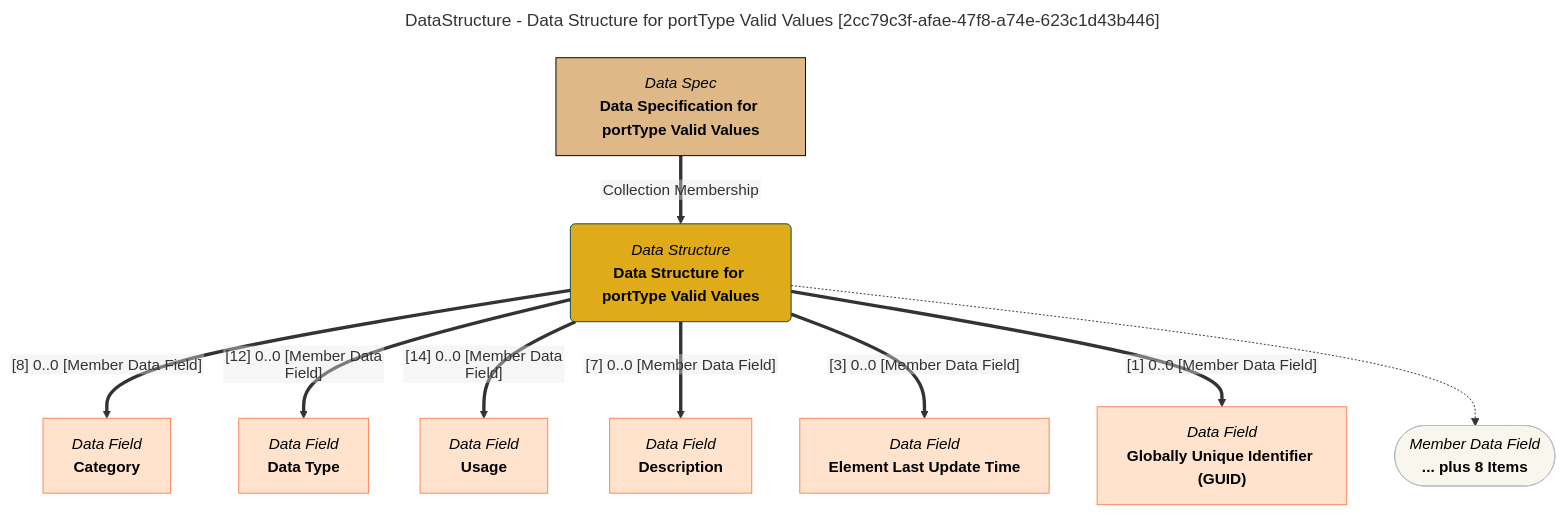
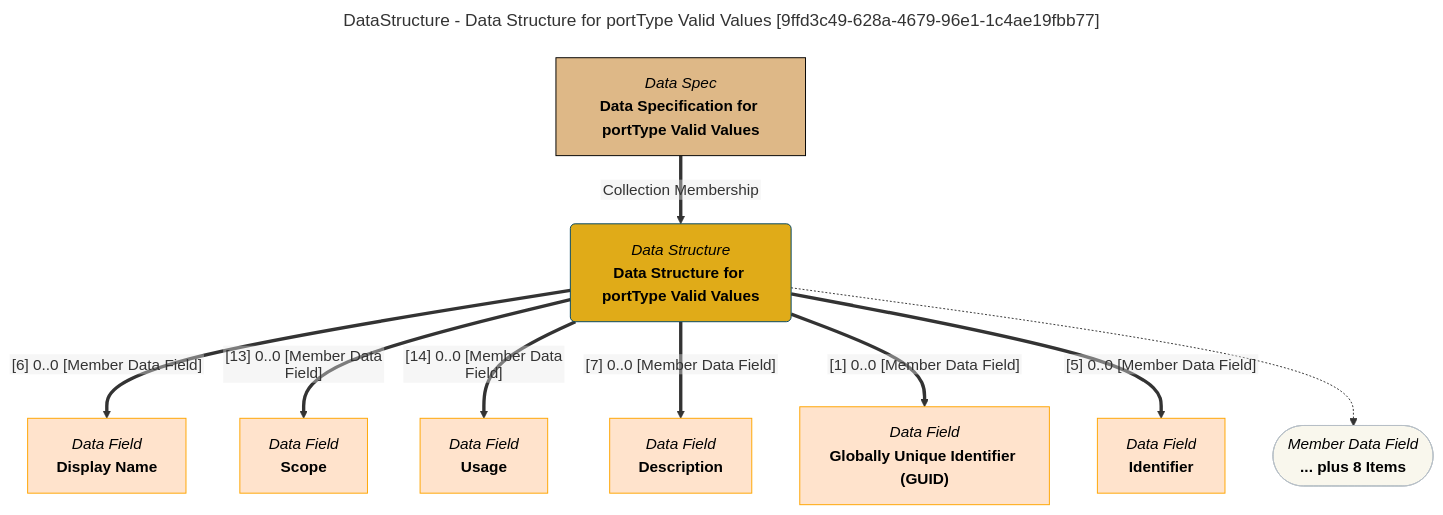
Before and after one commit to odpi/egeria-docs: the diagram in site/snippets/data-structures/data-structure-for-porttype-valid-values-mermaid-graph.md, drawn with Mermaid. The commit also changed 2201 other files, not shown here.

````diff
--- a/site/snippets/data-structures/data-structure-for-porttype-valid-values-mermaid-graph.md
+++ b/site/snippets/data-structures/data-structure-for-porttype-valid-values-mermaid-graph.md
@@ -1,43 +1,43 @@
 ```mermaid
 ---
-title: DataStructure - Data Structure for portType Valid Values [2cc79c3f-afae-47f8-a74e-623c1d43b446]
+title: DataStructure - Data Structure for portType Valid Values [9ffd3c49-628a-4679-96e1-1c4ae19fbb77]
 ---
 flowchart TD
 %%{init: {"flowchart": {"htmlLabels": false}} }%%
 
 1@{ shape: rounded, label: "*Data Structure*
 **Data Structure for portType Valid Values**"}
 2@{ shape: rect, label: "*Data Spec*
 **Data Specification for portType Valid Values**"}
 2==>|"Collection Membership"|1
 3@{ shape: rect, label: "*Data Field*
-**Category**"}
-1==>|"[8] 0..0 [Member Data Field]"|3
+**Display Name**"}
+1==>|"[6] 0..0 [Member Data Field]"|3
 4@{ shape: rect, label: "*Data Field*
-**Data Type**"}
-1==>|"[12] 0..0 [Member Data Field]"|4
+**Scope**"}
+1==>|"[13] 0..0 [Member Data Field]"|4
 5@{ shape: rect, label: "*Data Field*
 **Usage**"}
 1==>|"[14] 0..0 [Member Data Field]"|5
 6@{ shape: rect, label: "*Data Field*
 **Description**"}
 1==>|"[7] 0..0 [Member Data Field]"|6
 7@{ shape: rect, label: "*Data Field*
-**Element Last Update Time**"}
-1==>|"[3] 0..0 [Member Data Field]"|7
+**Globally Unique Identifier (GUID)**"}
+1==>|"[1] 0..0 [Member Data Field]"|7
 8@{ shape: rect, label: "*Data Field*
-**Globally Unique Identifier (GUID)**"}
-1==>|"[1] 0..0 [Member Data Field]"|8
+**Identifier**"}
+1==>|"[5] 0..0 [Member Data Field]"|8
 9@{ shape: stadium, label: "*Member Data Field*
 **... plus 8 Items**"}
 1-.->9
 style 1 color:#000000, fill:#e0ab18, stroke:#004563
-style 2 color:#000000, fill:#deb887, stroke:#000000
-style 3 color:#000000, fill:#ffe3cc, stroke:#f9845b
-style 4 color:#000000, fill:#ffe3cc, stroke:#f9845b
-style 5 color:#000000, fill:#ffe3cc, stroke:#f9845b
-style 6 color:#000000, fill:#ffe3cc, stroke:#f9845b
-style 7 color:#000000, fill:#ffe3cc, stroke:#f9845b
-style 8 color:#000000, fill:#ffe3cc, stroke:#f9845b
+style 2 color:#000000, fill:#DEB887, stroke:#000000
+style 3 color:#000000, fill:#ffe3cc, stroke:#FFA500
+style 4 color:#000000, fill:#ffe3cc, stroke:#FFA500
+style 5 color:#000000, fill:#ffe3cc, stroke:#FFA500
+style 6 color:#000000, fill:#ffe3cc, stroke:#FFA500
+style 7 color:#000000, fill:#ffe3cc, stroke:#FFA500
+style 8 color:#000000, fill:#ffe3cc, stroke:#FFA500
 style 9 color:#000000, fill:#F9F7ED, stroke:#b7c0c7
 ```
````
